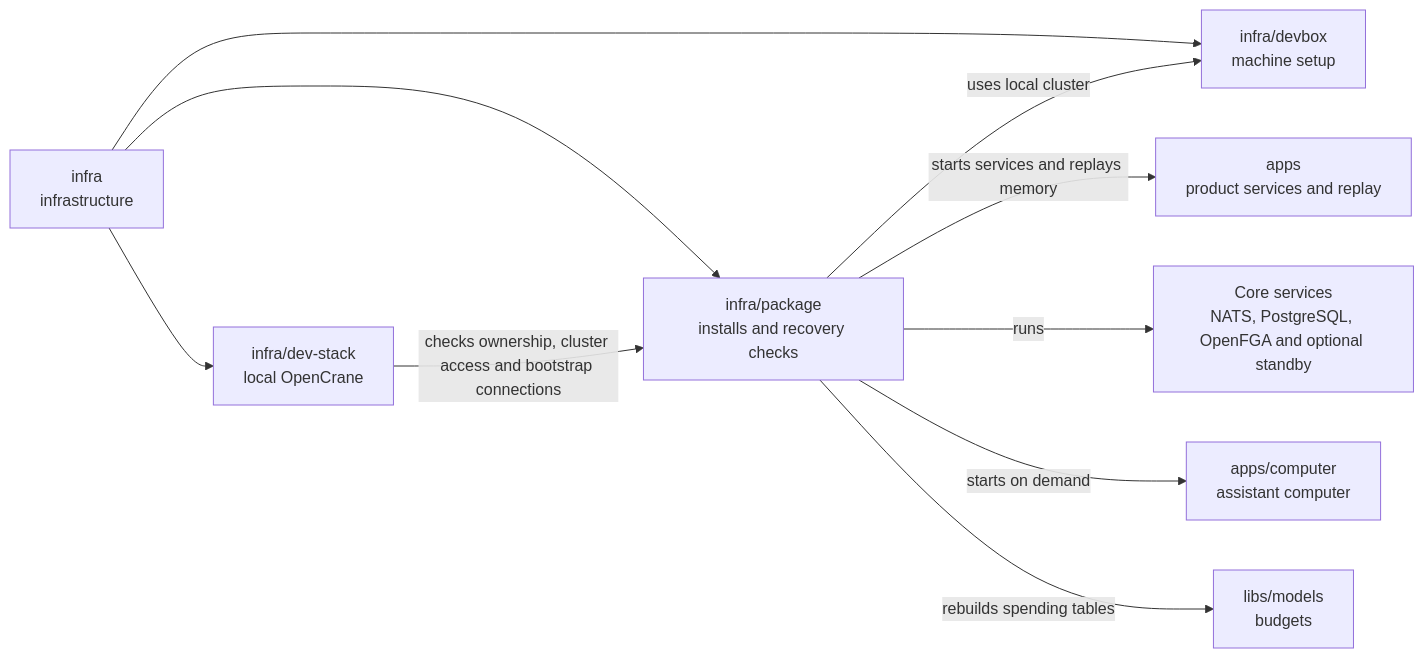
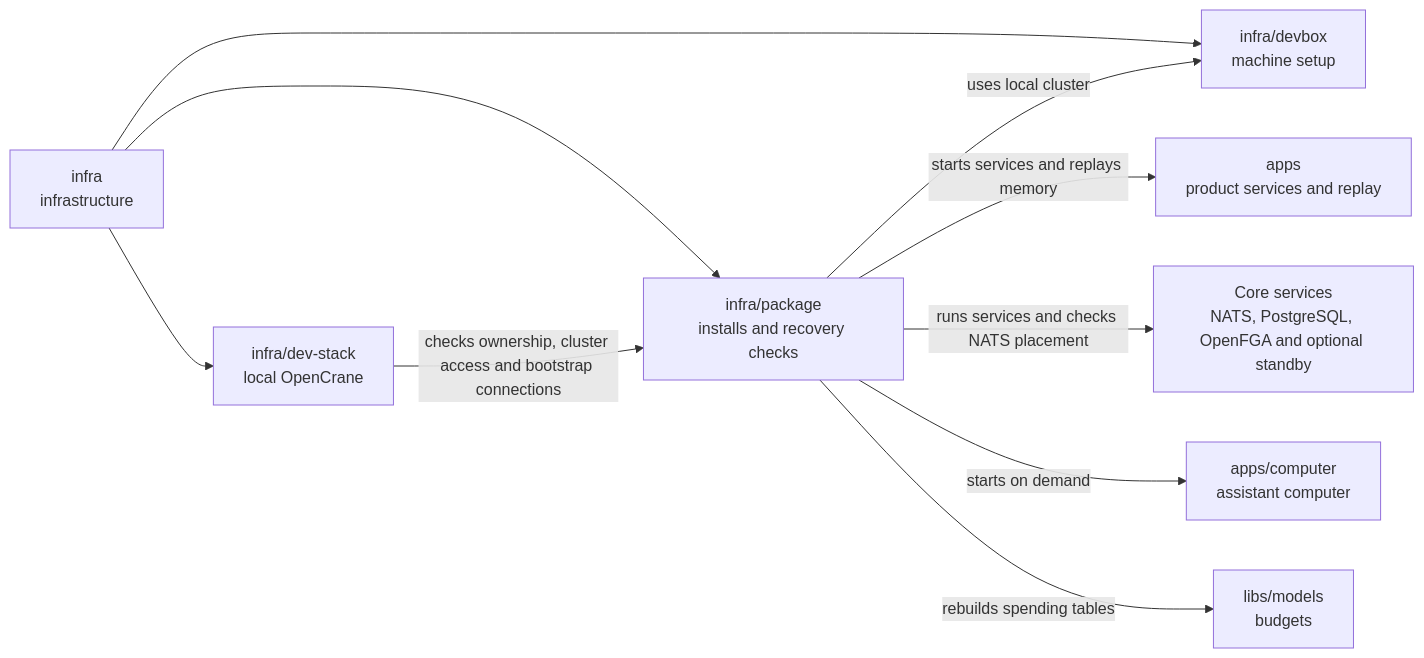
Before and after one commit to elewa-git/opencrane-new: the diagram in infra/package/README.md, drawn with Mermaid. The commit also changed other lines of this file and 8 other files, not shown here.

Commit message:
🧪 Check fresh Kubernetes NATS placement and record live blockers

````diff
--- a/infra/package/README.md
+++ b/infra/package/README.md
@@ -19,12 +19,12 @@
 ```mermaid
 flowchart LR
   infra["infra<br/>infrastructure"] --> package["infra/package<br/>installs and recovery checks"]
   infra --> stack["infra/dev-stack<br/>local OpenCrane"]
   infra --> devbox["infra/devbox<br/>machine setup"]
   stack -->|checks ownership, cluster access and bootstrap connections| package
   package -->|uses local cluster| devbox
   package -->|starts services and replays memory| apps["apps<br/>product services and replay"]
-  package -->|runs| services["Core services<br/>NATS, PostgreSQL, OpenFGA and optional standby"]
+  package -->|runs services and checks NATS placement| services["Core services<br/>NATS, PostgreSQL, OpenFGA and optional standby"]
   package -->|starts on demand| computer["apps/computer<br/>assistant computer"]
   package -->|rebuilds spending tables| models["libs/models<br/>budgets"]
 ```
````
